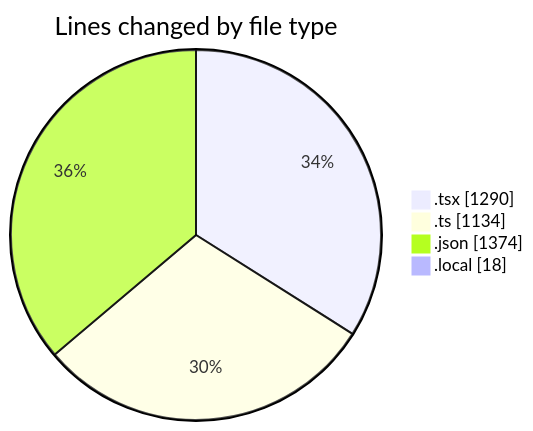
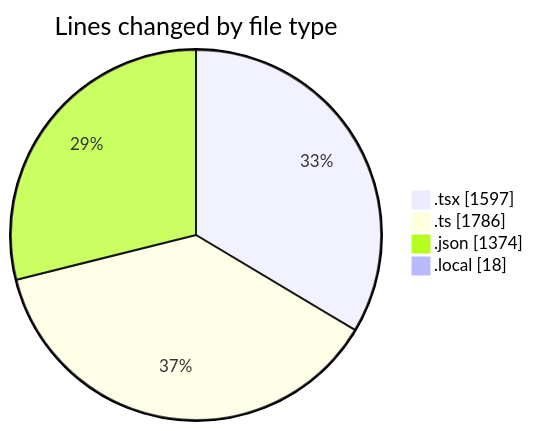
Before and after one commit to julien-gomy/code-tracking: the first of 2 diagrams in 2025-10-16/eventscop-frontend-guide__workspace_/README.md, drawn with Mermaid. The commit also changed other lines of this file and 1 other file, not shown here.

````diff
--- a/2025-10-16/eventscop-frontend-guide__workspace_/README.md
+++ b/2025-10-16/eventscop-frontend-guide__workspace_/README.md
@@ -40,8 +45,8 @@
 ```mermaid
 pie showData
 title Lines changed by file type
-".tsx" : 1290
-".ts" : 1134
+".tsx" : 1597
+".ts" : 1786
 ".json" : 1374
 ".local" : 18
 ```
````
